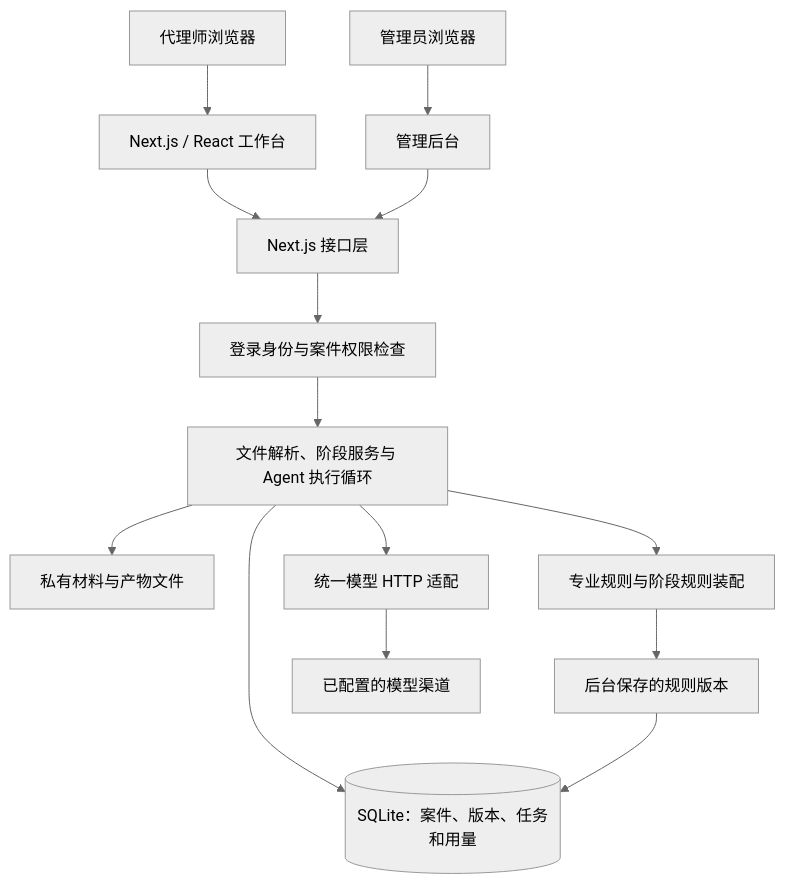
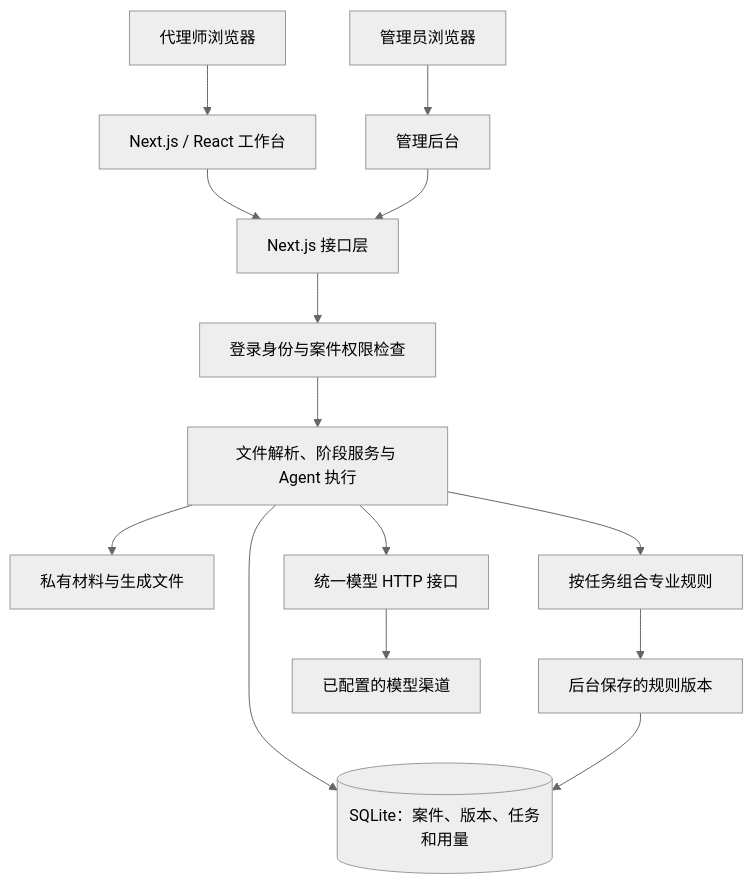
The first of 3 diagrams in docs/TECHNICAL_ARCHITECTURE.md (orphanwarrior/028-ttc-showcase), drawn with Mermaid (neutral theme) before and after one commit. The commit also changed other lines of this file and 7 other files, not shown here.

````diff
--- a/docs/TECHNICAL_ARCHITECTURE.md
+++ b/docs/TECHNICAL_ARCHITECTURE.md
@@ -9,16 +9,16 @@
 ```mermaid
 flowchart TB
   U["代理师浏览器"] --> UI["Next.js / React 工作台"]
   A["管理员浏览器"] --> ADMIN["管理后台"]
   UI --> API["Next.js 接口层"]
   ADMIN --> API
   API --> AUTH["登录身份与案件权限检查"]
-  AUTH --> SERVICES["文件解析、阶段服务与 Agent 执行循环"]
+  AUTH --> SERVICES["文件解析、阶段服务与 Agent 执行"]
   SERVICES --> DB[("SQLite：案件、版本、任务和用量")]
-  SERVICES --> FILES["私有材料与产物文件"]
-  SERVICES --> RULES["专业规则与阶段规则装配"]
+  SERVICES --> FILES["私有材料与生成文件"]
+  SERVICES --> RULES["按任务组合专业规则"]
   RULES --> OVERRIDES["后台保存的规则版本"]
   OVERRIDES --> DB
-  SERVICES --> PROVIDER["统一模型 HTTP 适配"]
+  SERVICES --> PROVIDER["统一模型 HTTP 接口"]
   PROVIDER --> MODEL["已配置的模型渠道"]
 ```
````
